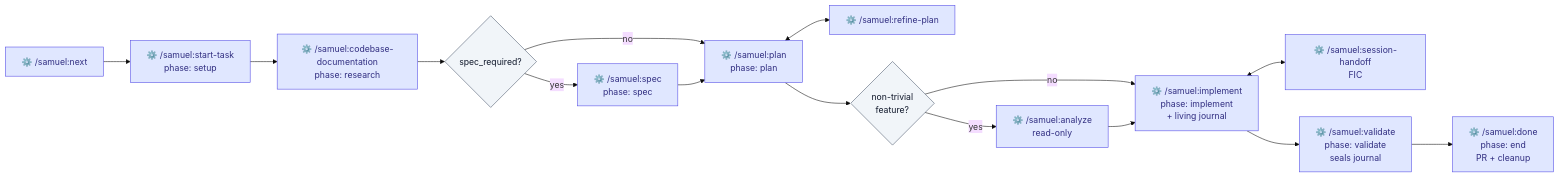
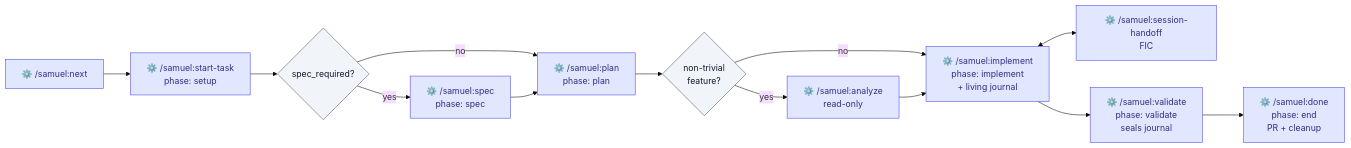
Before and after one commit to samosunaz/agent-skills: the second of 6 diagrams in plugins/samuel/reference/pipeline.md, drawn with Mermaid (base theme). The commit also changed other lines of this file and 43 other files, not shown here.

````diff
--- a/plugins/samuel/reference/pipeline.md
+++ b/plugins/samuel/reference/pipeline.md
@@ -44,19 +42,17 @@
 ```mermaid
 flowchart LR
     next["⚙️ /samuel:next"]:::svc --> start["⚙️ /samuel:start-task<br/>phase: setup"]:::svc
-    start --> research["⚙️ /samuel:codebase-documentation<br/>phase: research"]:::svc
-    research --> specQ{"spec_required?"}:::decision
+    start --> specQ{"spec_required?"}:::decision
     specQ -->|yes| spec["⚙️ /samuel:spec<br/>phase: spec"]:::svc
     specQ -->|no| plan["⚙️ /samuel:plan<br/>phase: plan"]:::svc
     spec --> plan
-    plan <--> refine["⚙️ /samuel:refine-plan"]:::svc
     plan --> analyzeQ{"non-trivial<br/>feature?"}:::decision
     analyzeQ -->|yes| analyze["⚙️ /samuel:analyze<br/>read-only"]:::svc
     analyzeQ -->|no| implement["⚙️ /samuel:implement<br/>phase: implement<br/>+ living journal"]:::svc
     analyze --> implement
     implement <--> handoff["⚙️ /samuel:session-handoff<br/>FIC"]:::svc
     implement --> validate["⚙️ /samuel:validate<br/>phase: validate<br/>seals journal"]:::svc
     validate --> done["⚙️ /samuel:done<br/>phase: end<br/>PR + cleanup"]:::svc
     classDef svc fill:#e0e7ff,stroke:#4f46e5,color:#312e81
     classDef decision fill:#f1f5f9,stroke:#475569,color:#0f172a
 ```
````
